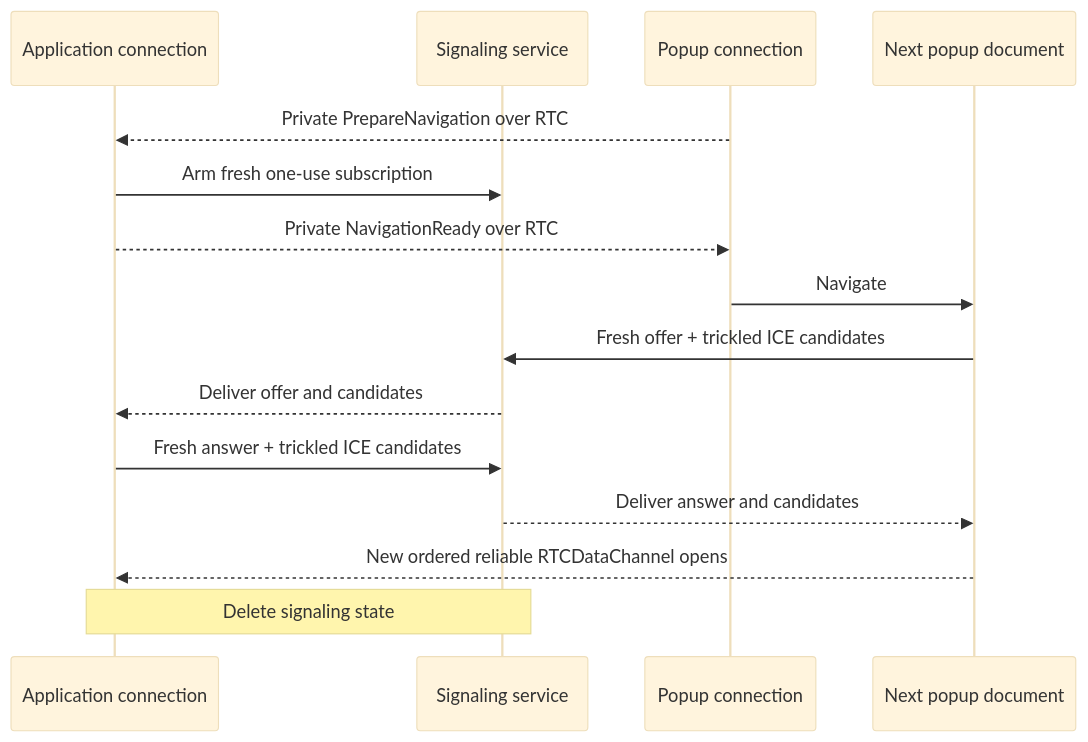
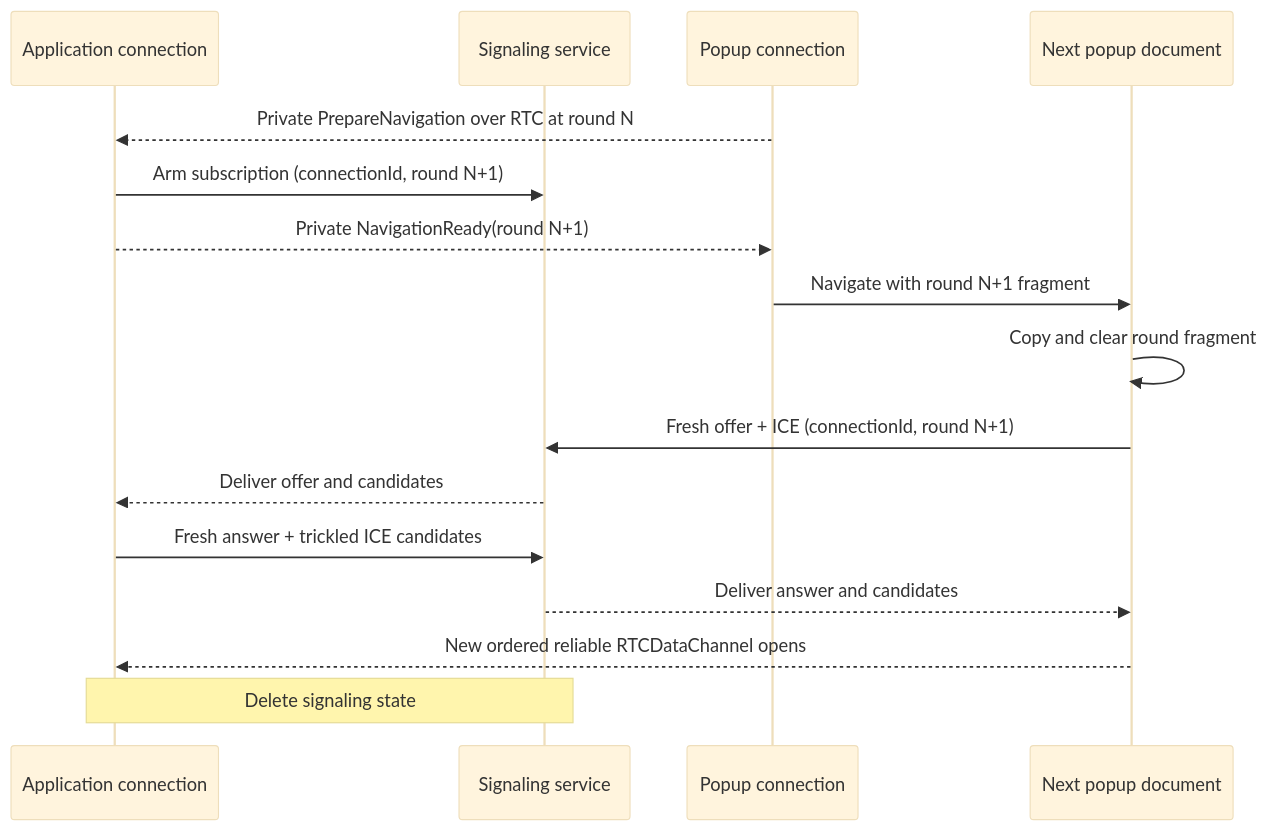
One commit to libid-org/libid changed the second of 2 diagrams in ts/packages/popup/CONNECTION-WEBRTC.md. Above: the diagram before and after it, drawn with Mermaid (base theme). The commit also changed other lines of this file and 2 other files, not shown here.

Commit message:
docs(popup): complete RTC navigation rearm

````diff
--- a/ts/packages/popup/CONNECTION-WEBRTC.md
+++ b/ts/packages/popup/CONNECTION-WEBRTC.md
@@ -303,18 +325,19 @@
 ```mermaid
 sequenceDiagram
     participant A as Application connection
     participant G as Signaling service
     participant P as Popup connection
     participant N as Next popup document
 
-    P-->>A: Private PrepareNavigation over RTC
-    A->>G: Arm fresh one-use subscription
-    A-->>P: Private NavigationReady over RTC
-    P->>N: Navigate
-    N->>G: Fresh offer + trickled ICE candidates
+    P-->>A: Private PrepareNavigation over RTC at round N
+    A->>G: Arm subscription (connectionId, round N+1)
+    A-->>P: Private NavigationReady(round N+1)
+    P->>N: Navigate with round N+1 fragment
+    N->>N: Copy and clear round fragment
+    N->>G: Fresh offer + ICE (connectionId, round N+1)
     G-->>A: Deliver offer and candidates
     A->>G: Fresh answer + trickled ICE candidates
     G-->>N: Deliver answer and candidates
     N-->>A: New ordered reliable RTCDataChannel opens
     Note over A,G: Delete signaling state
 ```
````
